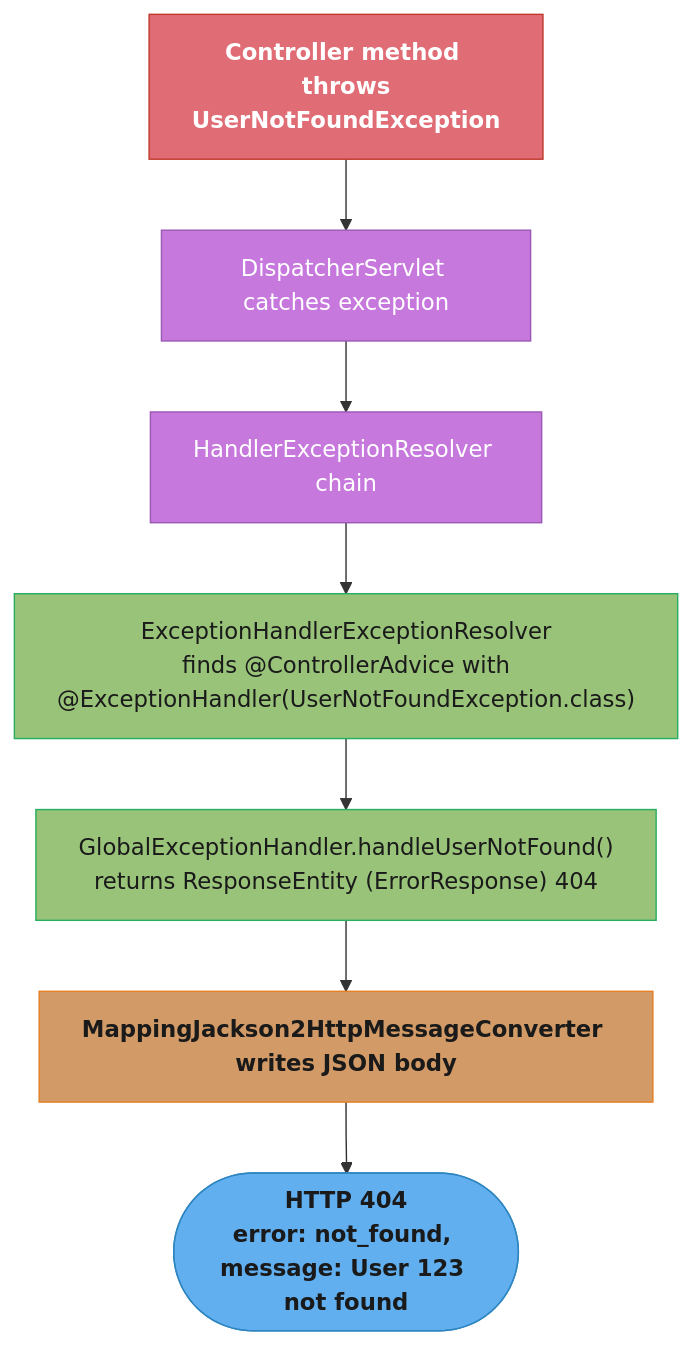
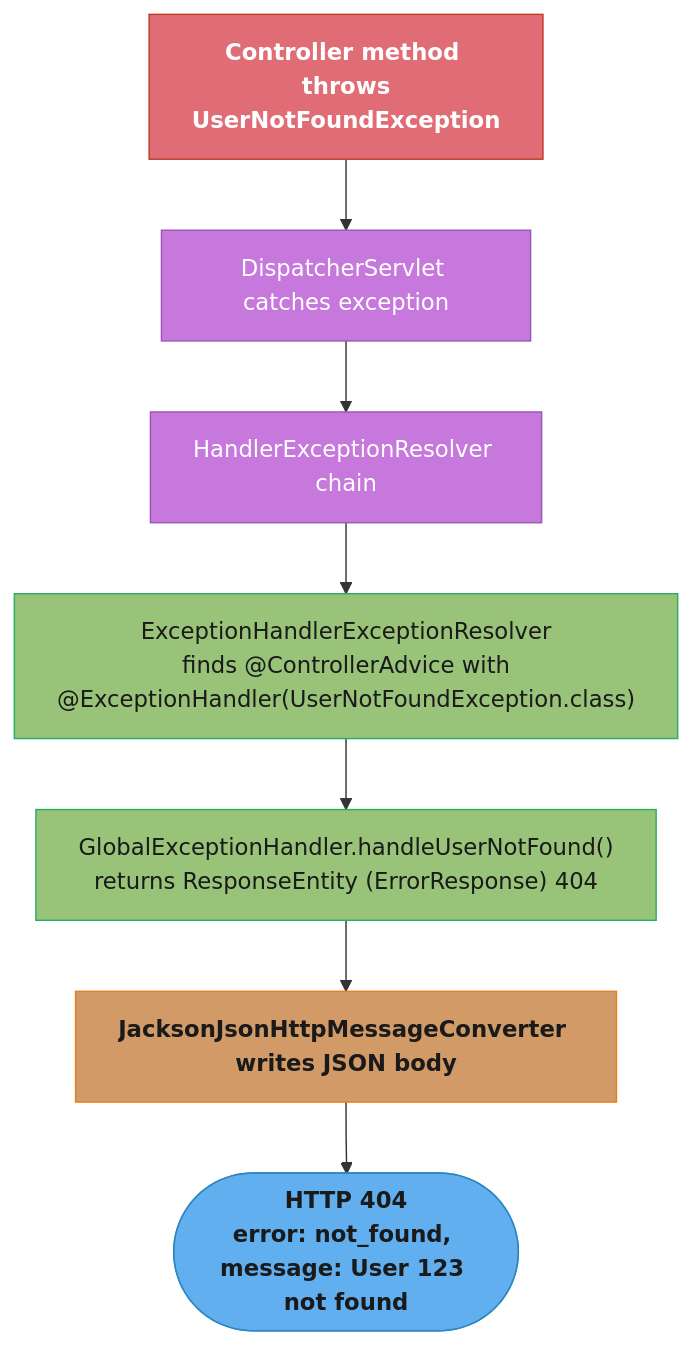
Before and after one commit to rppol/system-design: the second of 3 diagrams in src/main/java/com/rutik/systemdesign/spring/request_handling/README.md, drawn with Mermaid. The commit also changed other lines of this file and 7 other files, not shown here.

````diff
--- a/src/main/java/com/rutik/systemdesign/spring/request_handling/README.md
+++ b/src/main/java/com/rutik/systemdesign/spring/request_handling/README.md
@@ -105,23 +105,23 @@
 ```mermaid
 flowchart TD
     classDef io      fill:#61afef,stroke:#2e86c1,color:#1a1a1a,font-weight:bold
     classDef frozen  fill:#c678dd,stroke:#9b59b6,color:#fff
     classDef train   fill:#98c379,stroke:#27ae60,color:#1a1a1a
     classDef mathOp  fill:#d19a66,stroke:#e67e22,color:#1a1a1a,font-weight:bold
     classDef lossN   fill:#e06c75,stroke:#c0392b,color:#fff,font-weight:bold
     classDef req     fill:#56b6c2,stroke:#0097a7,color:#1a1a1a
     classDef base    fill:#e5c07b,stroke:#f39c12,color:#1a1a1a
 
     A["Controller method throws\nUserNotFoundException"] --> B["DispatcherServlet catches exception"]
     B --> C["HandlerExceptionResolver chain"]
     C --> D["ExceptionHandlerExceptionResolver\nfinds @ControllerAdvice with\n@ExceptionHandler(UserNotFoundException.class)"]
     D --> E["GlobalExceptionHandler.handleUserNotFound()\nreturns ResponseEntity (ErrorResponse) 404"]
-    E --> F["MappingJackson2HttpMessageConverter writes JSON body"]
+    E --> F["JacksonJsonHttpMessageConverter writes JSON body"]
     F --> G(["HTTP 404\nerror: not_found, message: User 123 not found"])
 
     class A lossN
     class B,C frozen
     class D,E train
     class F mathOp
     class G io
 ```
````
